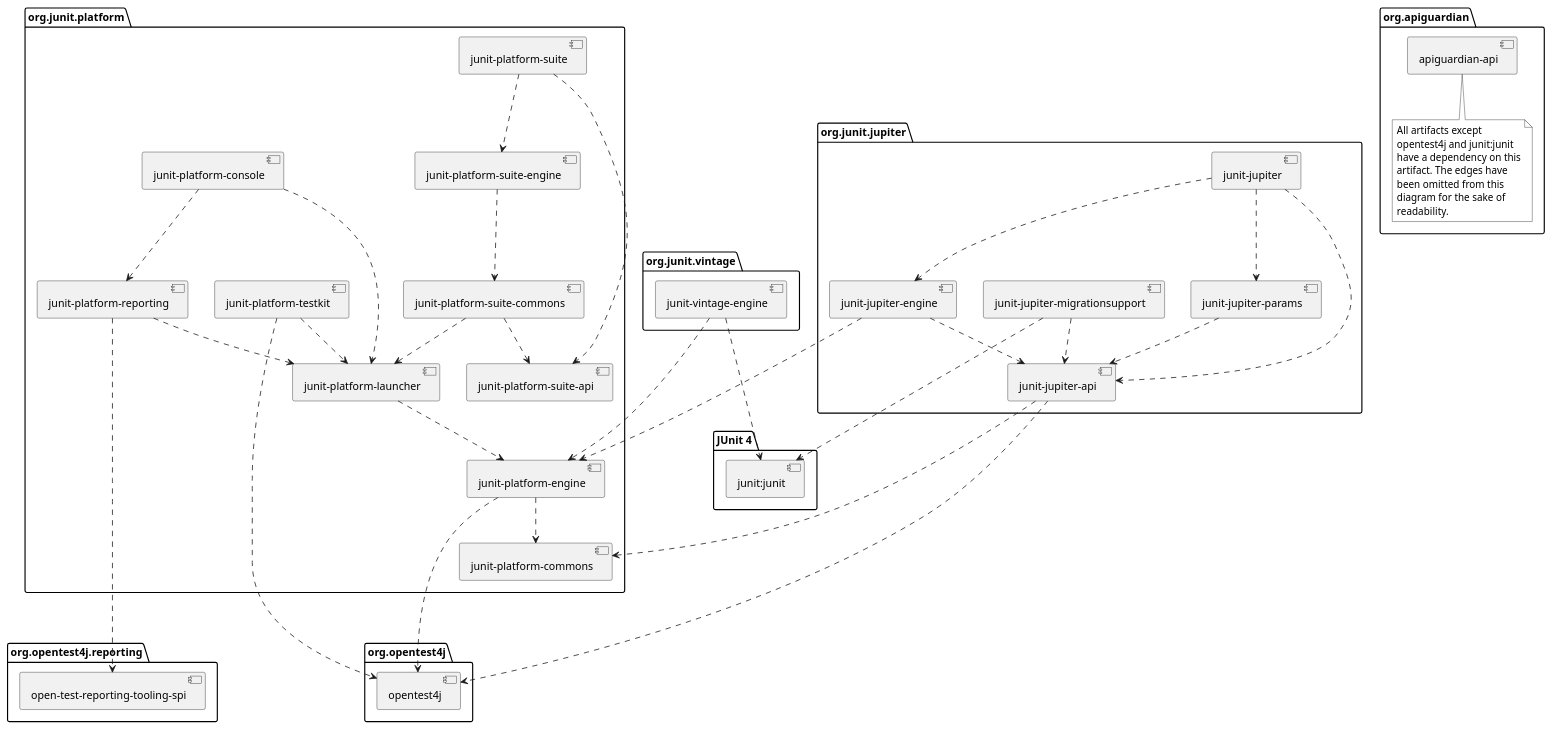
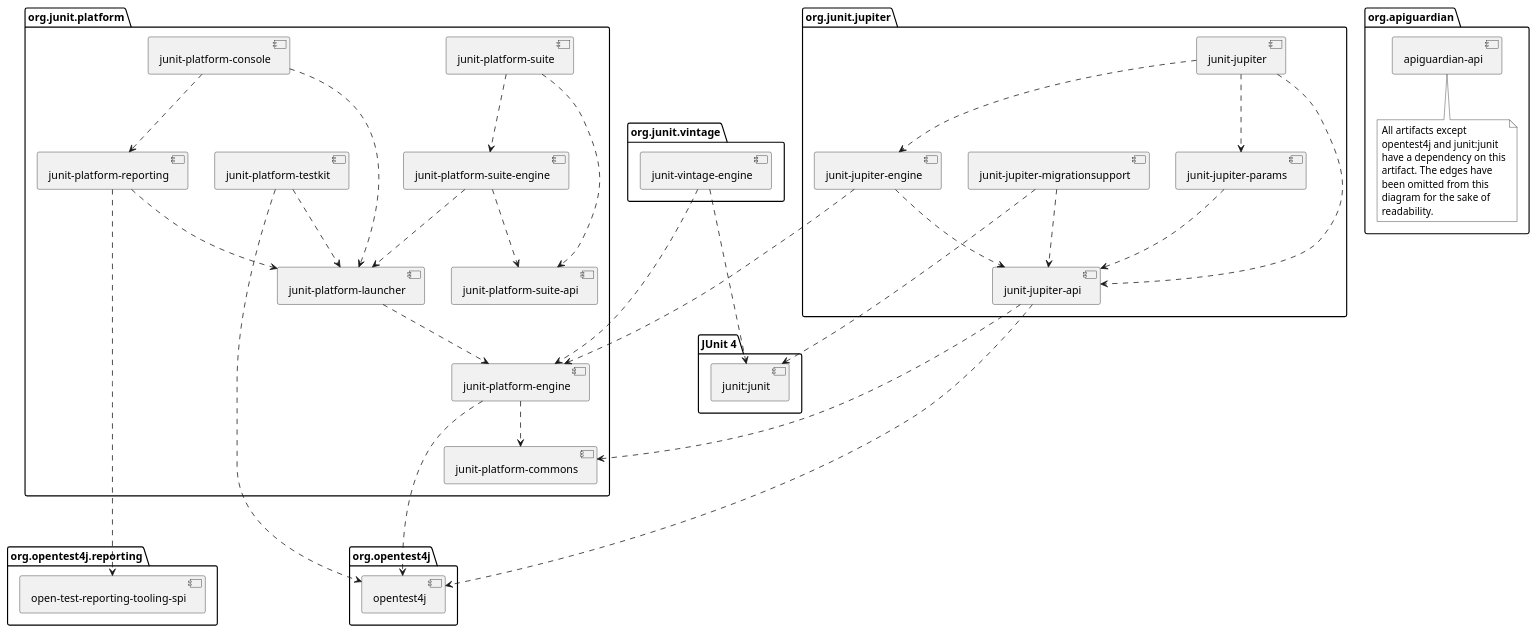
The diagram in documentation/src/plantuml/component-diagram.puml (junit-team/junit5), drawn with PlantUML before and after one commit. The commit also changed 22 other files, not shown here.

First line of the commit message:
Discontinue junit-platform-suite-commons

```diff
--- a/documentation/src/plantuml/component-diagram.puml
+++ b/documentation/src/plantuml/component-diagram.puml
@@ -1,96 +1,93 @@
 @startuml
 
 skinparam {
     defaultFontName sans-serif
 }
 
 package org.junit.jupiter {
     [junit-jupiter] as jupiter
     [junit-jupiter-api] as jupiter_api
     [junit-jupiter-engine] as jupiter_engine
     [junit-jupiter-params] as jupiter_params
     [junit-jupiter-migrationsupport] as jupiter_migration_support
 }
 
 package org.junit.vintage {
     [junit-vintage-engine] as vintage_engine
 }
 
 package org.junit.platform {
     [junit-platform-commons] as commons
     [junit-platform-console] as console
     [junit-platform-engine] as engine
     [junit-platform-launcher] as launcher
     [junit-platform-reporting] as reporting
     [junit-platform-suite] as suite
     [junit-platform-suite-api] as suite_api
-    [junit-platform-suite-commons] as suite_commons
     [junit-platform-suite-engine] as suite_engine
     [junit-platform-testkit] as testkit
 }
 
 package "JUnit 4" {
     [junit:junit] as junit4
 }
 
 package org.opentest4j {
     [opentest4j]
 }
 
 package org.opentest4j.reporting {
     [open-test-reporting-tooling-spi] as otr_tooling_spi
 }
 
 package org.apiguardian {
     [apiguardian-api] as apiguardian
     note bottom of apiguardian #white
         All artifacts except
         opentest4j and junit:junit
         have a dependency on this
         artifact. The edges have
         been omitted from this
         diagram for the sake of
         readability.
     endnote
 }
 
 jupiter ..> jupiter_api
 jupiter ..> jupiter_params
 jupiter ..> jupiter_engine
 
 jupiter_api ....> opentest4j
 jupiter_api ...> commons
 
 jupiter_engine ...> engine
 jupiter_engine ..> jupiter_api
 
 jupiter_params ..> jupiter_api
 jupiter_migration_support ..> jupiter_api
 jupiter_migration_support ...> junit4
 
 console ..> launcher
 console ..> reporting
 
 launcher ..> engine
 
 engine ....> opentest4j
 engine ..> commons
 
 reporting ..> launcher
 reporting ......> otr_tooling_spi
 
 suite ..> suite_api
 suite ..> suite_engine
 
-suite_engine ..> suite_commons
-
-suite_commons ..> launcher
-suite_commons ..> suite_api
+suite_engine ..> launcher
+suite_engine ..> suite_api
 
 testkit ....> opentest4j
 testkit ..> launcher
 
 vintage_engine ...> engine
 vintage_engine ..> junit4
 
 @enduml
```
